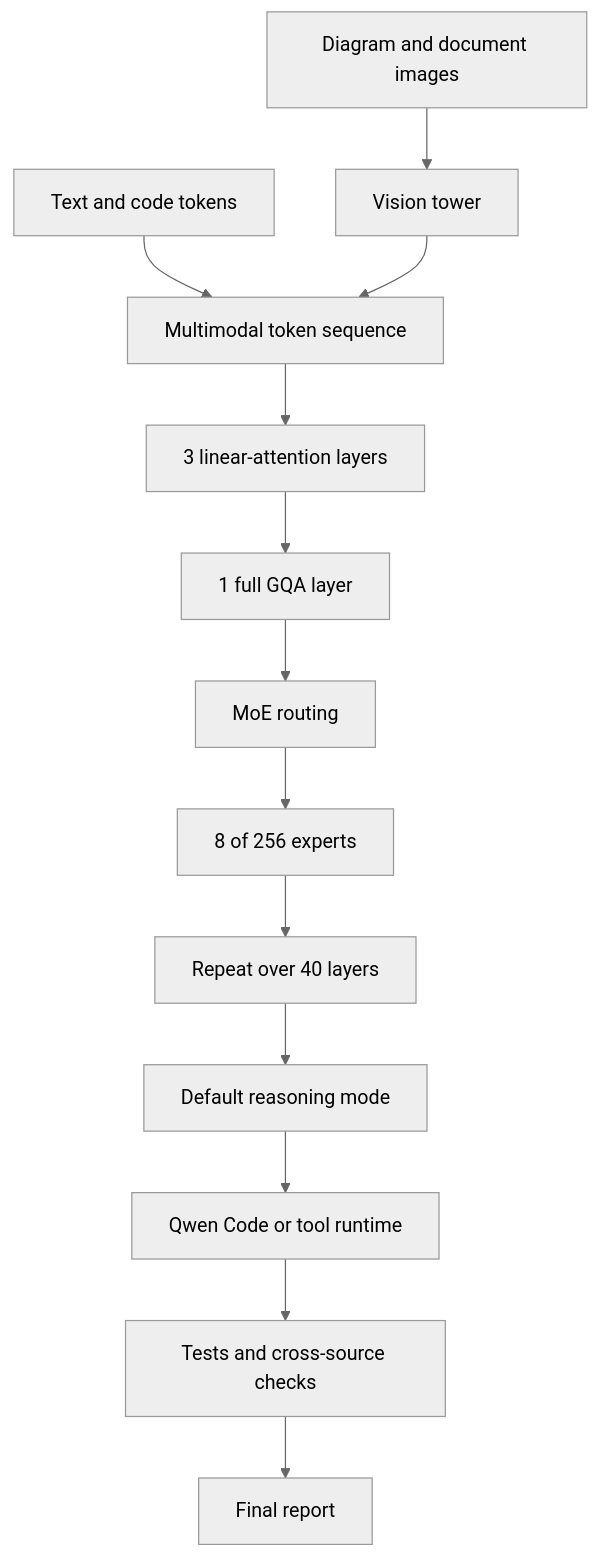
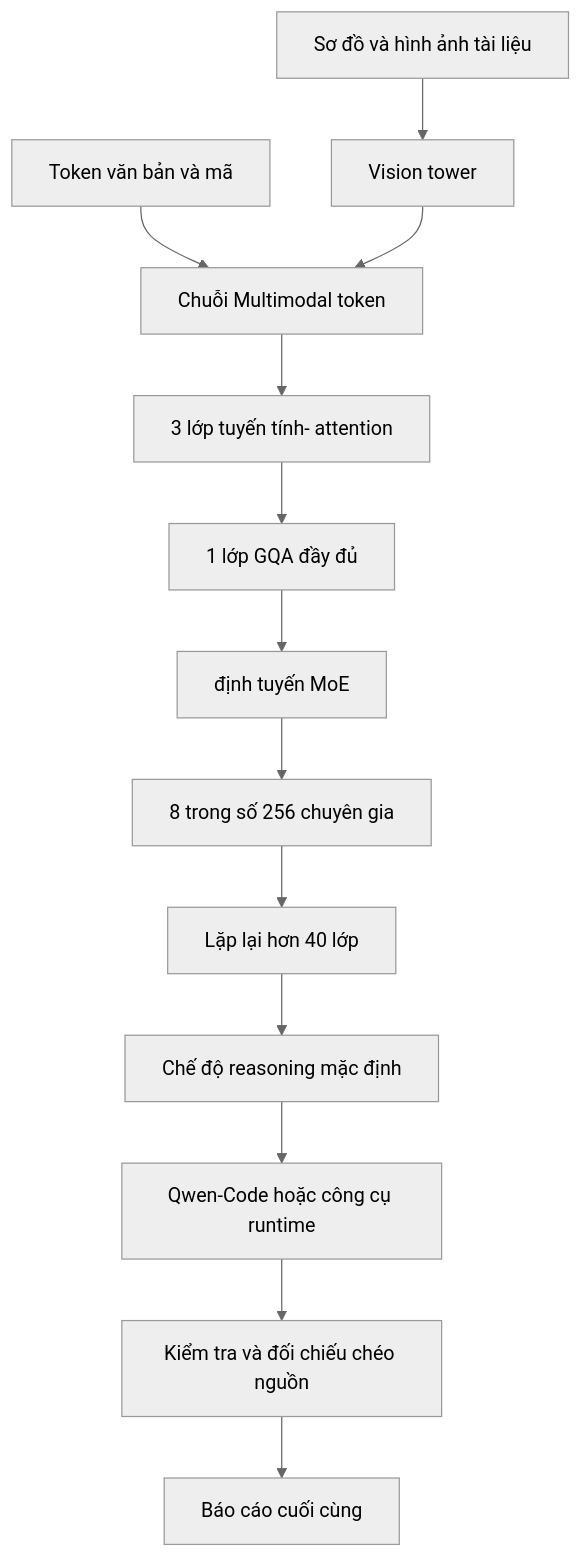
Before and after one commit to cycler04/VinRobotics-VLA: diagram 15 of 28 in docs/research_finding/01-gwen/broad_overview/LLM_VLM/recent_llm_overview.md, drawn with Mermaid (neutral theme). The commit also changed other lines of this file and 79 other files, not shown here.

Commit message:
Sửa lại report

````diff
--- a/docs/research_finding/01-gwen/broad_overview/LLM_VLM/recent_llm_overview.md
+++ b/docs/research_finding/01-gwen/broad_overview/LLM_VLM/recent_llm_overview.md
@@ -1119,15 +1119,15 @@
 ```mermaid
 flowchart TD
-    Txt[Text and code tokens] --> Pack[Multimodal token sequence]
-    Vis[Diagram and document images] --> Vision[Vision tower]
+    Txt[Token văn bản và mã] --> Pack[Chuỗi Multimodal token]
+    Vis[Sơ đồ và hình ảnh tài liệu] --> Vision[Vision tower]
     Vision --> Pack
-    Pack --> Hybrid[3 linear-attention layers]
-    Hybrid --> Full[1 full GQA layer]
-    Full --> Route[MoE routing]
-    Route --> Experts[8 of 256 experts]
-    Experts --> Repeat[Repeat over 40 layers]
-    Repeat --> Think[Default reasoning mode]
-    Think --> Agent[Qwen Code or tool runtime]
-    Agent --> Verify[Tests and cross-source checks]
-    Verify --> O[Final report]
+    Pack --> Hybrid[3 lớp tuyến tính- attention]
+    Hybrid --> Full[1 lớp GQA đầy đủ]
+    Full --> Route[định tuyến MoE]
+    Route --> Experts[8 trong số 256 chuyên gia]
+    Experts --> Repeat[Lặp lại hơn 40 lớp]
+    Repeat --> Think[Chế độ reasoning mặc định]
+    Think --> Agent[Qwen-Code hoặc công cụ runtime]
+    Agent --> Verify[Kiểm tra và đối chiếu chéo nguồn]
+    Verify --> O[Báo cáo cuối cùng]
 ```
````
